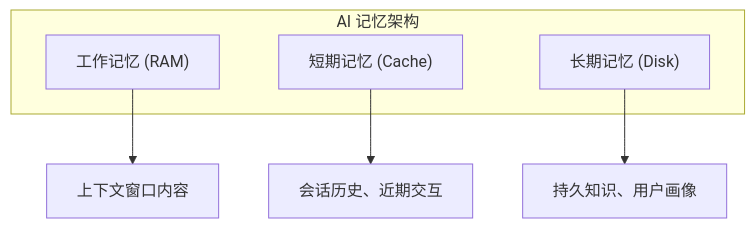
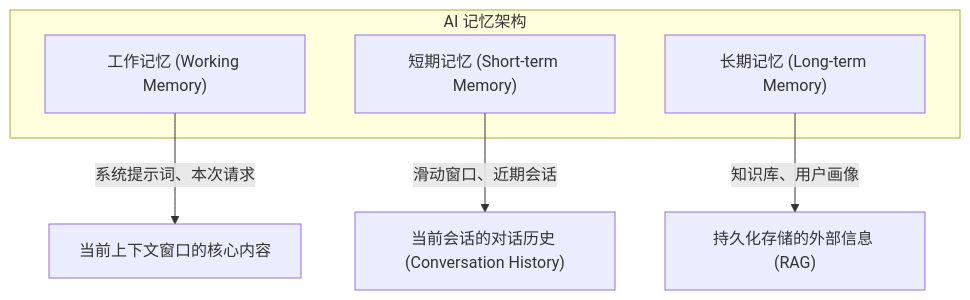
The diagram in 04_write/4.2_memory_architecture.md (yeasy/context_engineering_guide), drawn with Mermaid before and after one commit. The commit also changed other lines of this file and 54 other files, not shown here.

````diff
--- a/04_write/4.2_memory_architecture.md
+++ b/04_write/4.2_memory_architecture.md
@@ -16,12 +16,12 @@
 ```mermaid
 graph TB
     subgraph "AI 记忆架构"
-        A["工作记忆 (RAM)"]
-        B["短期记忆 (Cache)"]
-        C["长期记忆 (Disk)"]
+        A["工作记忆 (Working Memory)"]
+        B["短期记忆 (Short-term Memory)"]
+        C["长期记忆 (Long-term Memory)"]
     end
     
-    A --> A1["上下文窗口内容"]
-    B --> B1["会话历史、近期交互"]
-    C --> C1["持久知识、用户画像"]
+    A -->|"系统提示词、本次请求"| A1["当前上下文窗口的核心内容"]
+    B -->|"滑动窗口、近期会话"| B1["当前会话的对话历史 (Conversation History)"]
+    C -->|"知识库、用户画像"| C1["持久化存储的外部信息 (RAG)"]
 ```
````
